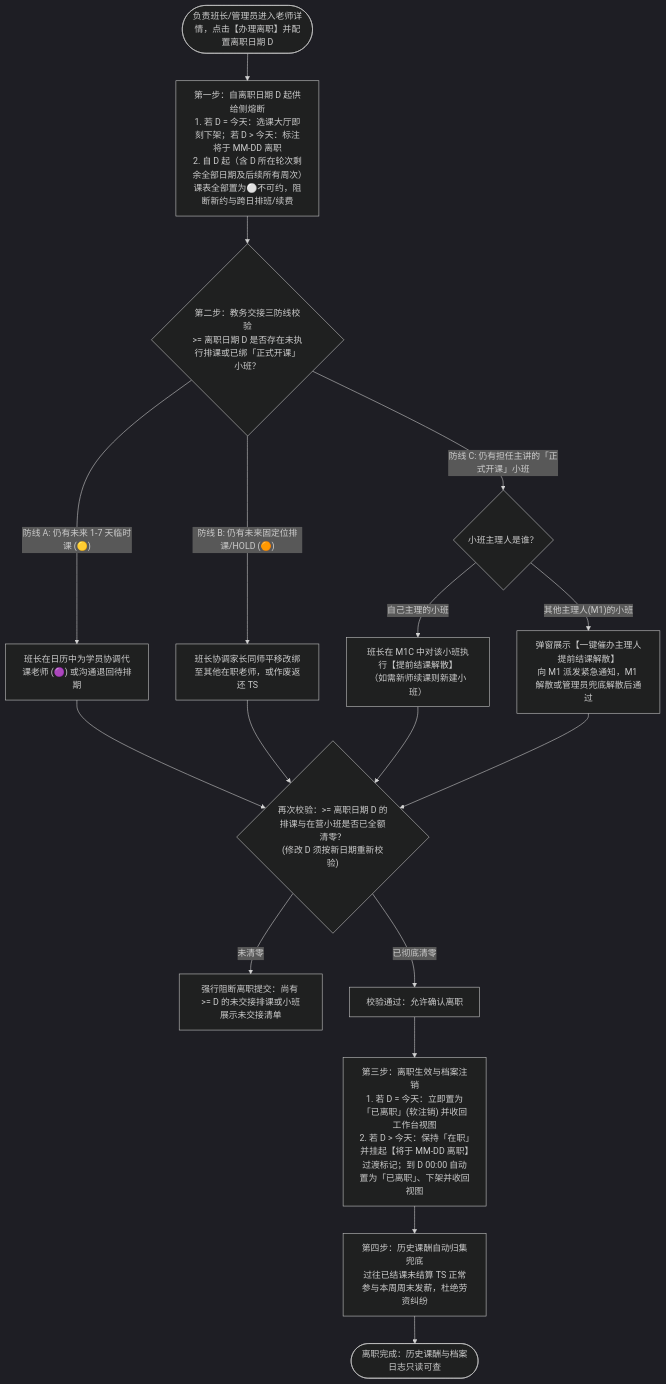
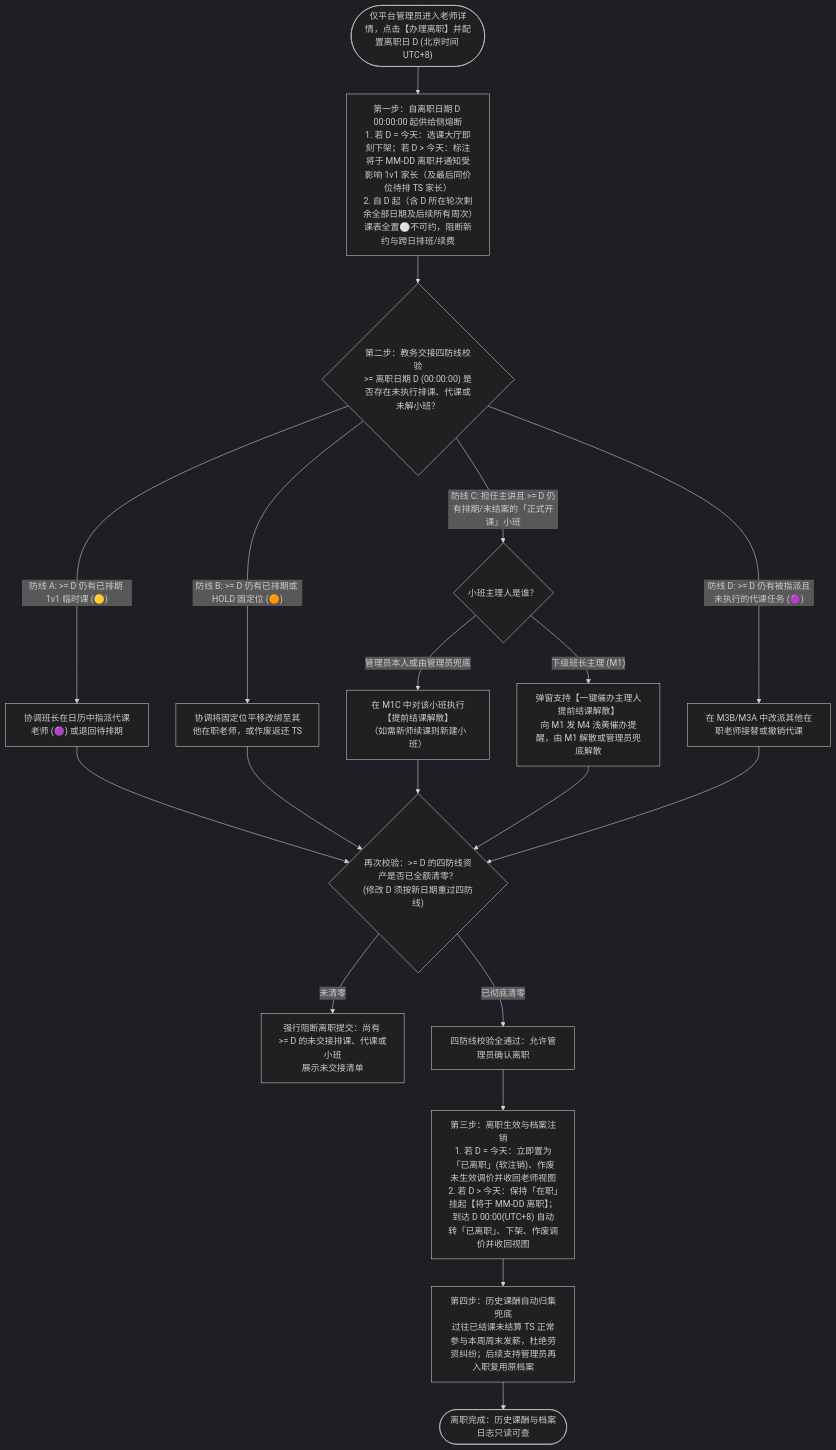
One commit to Onezao/dream changed the fifth of 9 diagrams in docs/prd/m1b_teacher_profile.md. Above: the diagram before and after it, drawn with Mermaid (dark theme). The commit also changed other lines of this file and 34 other files, not shown here.

````diff
--- a/docs/prd/m1b_teacher_profile.md
+++ b/docs/prd/m1b_teacher_profile.md
@@ -176,20 +209,21 @@
 ```mermaid
 flowchart TD
-    Start(["负责班长/管理员进入老师详情，点击【办理离职】并配置离职日期 D"]) --> DisallowNew["第一步：自离职日期 D 起供给侧熔断\n1. 若 D = 今天：选课大厅即刻下架；若 D > 今天：标注将于 MM-DD 离职\n2. 自 D 起（含 D 所在轮次剩余全部日期及后续所有周次）课表全部置为⚪不可约，阻断新约与跨日排班/续费"]
+    Start(["仅平台管理员进入老师详情，点击【办理离职】并配置离职日 D (北京时间 UTC+8)"]) --> DisallowNew["第一步：自离职日期 D 00:00:00 起供给侧熔断\n1. 若 D = 今天：选课大厅即刻下架；若 D > 今天：标注将于 MM-DD 离职并通知受影响 1v1 家长（及最后同价位待排 TS 家长）\n2. 自 D 起（含 D 所在轮次剩余全部日期及后续所有周次）课表全置⚪不可约，阻断新约与跨日排班/续费"]
     
-    DisallowNew --> CheckSchedules{"第二步：教务交接三防线校验\n>= 离职日期 D 是否存在未执行排课或已绑「正式开课」小班？"}
+    DisallowNew --> CheckSchedules{"第二步：教务交接四防线校验\n>= 离职日期 D (00:00:00) 是否存在未执行排课、代课或未解小班？"}
     
-    CheckSchedules -->|"防线 A: 仍有未来 1-7 天临时课 (🟡)"| ResolveA["班长在日历中为学员协调代课老师 (🟣) 或沟通退回待排期"]
-    CheckSchedules -->|"防线 B: 仍有未来固定位排课/HOLD (🟠)"| ResolveB["班长协调家长同师平移改绑至其他在职老师，或作废返还 TS"]
-    CheckSchedules -->|"防线 C: 仍有担任主讲的「正式开课」小班"| CheckOwner{"小班主理人是谁？"}
-    CheckOwner -->|"自己主理的小班"| SelfChange["班长在 M1C 中对该小班执行【提前结课解散】\n（如需新师续课则新建小班）"]
-    CheckOwner -->|"其他主理人(M1)的小班"| CollabChange["弹窗展示【一键催办主理人提前结课解散】\n向 M1 派发紧急通知，M1 解散或管理员兜底解散后通过"]
+    CheckSchedules -->|"防线 A: >= D 仍有已排期 1v1 临时课 (🟡)"| ResolveA["协调班长在日历中指派代课老师 (🟣) 或退回待排期"]
+    CheckSchedules -->|"防线 B: >= D 仍有已排期或 HOLD 固定位 (🟠)"| ResolveB["协调将固定位平移改绑至其他在职老师，或作废返还 TS"]
+    CheckSchedules -->|"防线 C: 担任主讲且 >= D 仍有排期/未结案的「正式开课」小班"| CheckOwner{"小班主理人是谁？"}
+    CheckSchedules -->|"防线 D: >= D 仍有被指派且未执行的代课任务 (🟣)"| ResolveD["在 M3B/M3A 中改派其他在职老师接替或撤销代课"]
+    CheckOwner -->|"管理员本人或由管理员兜底"| SelfChange["在 M1C 中对该小班执行【提前结课解散】\n（如需新师续课则新建小班）"]
+    CheckOwner -->|"下级班长主理 (M1)"| CollabChange["弹窗支持【一键催办主理人提前结课解散】\n向 M1 发 M4 浅黄催办提醒，由 M1 解散或管理员兜底解散"]
     
-    ResolveA & ResolveB & SelfChange & CollabChange --> Recheck{"再次校验：>= 离职日期 D 的排课与在营小班是否已全额清零？\n(修改 D 须按新日期重新校验)"}
-    Recheck -->|"未清零"| BlockSubmit["强行阻断离职提交：尚有 >= D 的未交接排课或小班\n展示未交接清单"]
-    Recheck -->|"已彻底清零"| PassInspection["校验通过：允许确认离职"]
+    ResolveA & ResolveB & SelfChange & CollabChange & ResolveD --> Recheck{"再次校验：>= D 的四防线资产是否已全额清零？\n(修改 D 须按新日期重过四防线)"}
+    Recheck -->|"未清零"| BlockSubmit["强行阻断离职提交：尚有 >= D 的未交接排课、代课或小班\n展示未交接清单"]
+    Recheck -->|"已彻底清零"| PassInspection["四防线校验全通过：允许管理员确认离职"]
     
-    PassInspection --> ExecDismiss["第三步：离职生效与档案注销\n1. 若 D = 今天：立即置为「已离职」(软注销) 并收回工作台视图\n2. 若 D > 今天：保持「在职」并挂起【将于 MM-DD 离职】过渡标记；到 D 00:00 自动置为「已离职」、下架并收回视图"]
-    ExecDismiss --> SettlePayroll["第四步：历史课酬自动归集兜底\n过往已结课未结算 TS 正常参与本周周末发薪，杜绝劳资纠纷"]
+    PassInspection --> ExecDismiss["第三步：离职生效与档案注销\n1. 若 D = 今天：立即置为「已离职」(软注销)、作废未生效调价并收回老师视图\n2. 若 D > 今天：保持「在职」挂起【将于 MM-DD 离职】；到达 D 00:00(UTC+8) 自动转「已离职」、下架、作废调价并收回视图"]
+    ExecDismiss --> SettlePayroll["第四步：历史课酬自动归集兜底\n过往已结课未结算 TS 正常参与本周周末发薪，杜绝劳资纠纷；后续支持管理员再入职复用原档案"]
     SettlePayroll --> Done(["离职完成：历史课酬与档案日志只读可查"])
 ```
````
